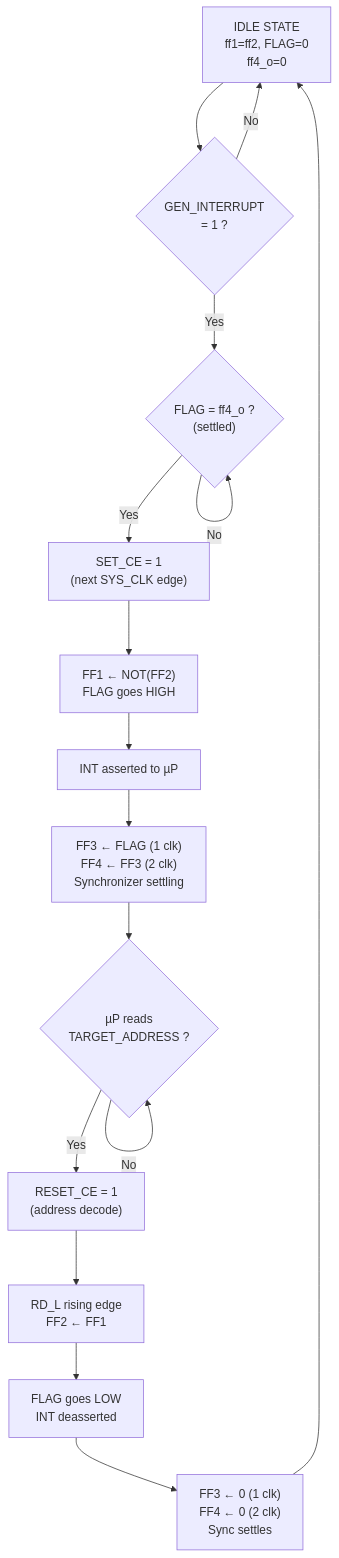
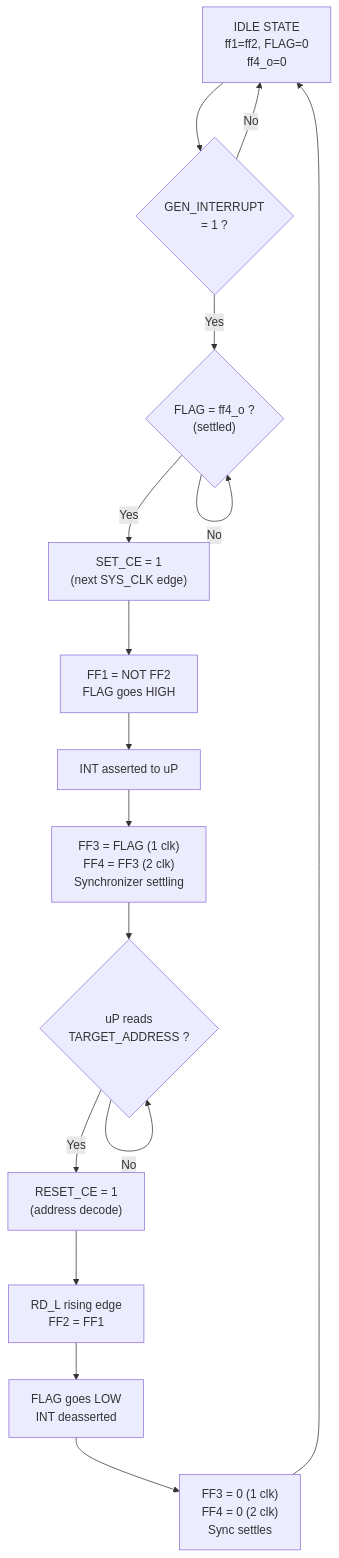
Before and after one commit to marslan6/Flancter: the diagram in Flancter/Flancter.srcs/sources_1/new/readme.md, drawn with Mermaid. The commit also changed other lines of this file and 6 other files, not shown here.

````diff
--- a/Flancter/Flancter.srcs/sources_1/new/readme.md
+++ b/Flancter/Flancter.srcs/sources_1/new/readme.md
@@ -169,18 +101,18 @@
 ```mermaid
 flowchart TD
     A["IDLE STATE\nff1=ff2, FLAG=0\nff4_o=0"] --> B{"GEN_INTERRUPT\n= 1 ?"}
     B -- No --> A
     B -- Yes --> C{"FLAG = ff4_o ?\n(settled)"}
     C -- No --> C
     C -- Yes --> D["SET_CE = 1\n(next SYS_CLK edge)"]
-    D --> E["FF1 ← NOT(FF2)\nFLAG goes HIGH"]
-    E --> F["INT asserted to µP"]
-    F --> G["FF3 ← FLAG (1 clk)\nFF4 ← FF3 (2 clk)\nSynchronizer settling"]
-    G --> H{"µP reads\nTARGET_ADDRESS ?"}
+    D --> E["FF1 = NOT FF2\nFLAG goes HIGH"]
+    E --> F["INT asserted to uP"]
+    F --> G["FF3 = FLAG (1 clk)\nFF4 = FF3 (2 clk)\nSynchronizer settling"]
+    G --> H{"uP reads\nTARGET_ADDRESS ?"}
     H -- No --> H
     H -- Yes --> I["RESET_CE = 1\n(address decode)"]
-    I --> J["RD_L rising edge\nFF2 ← FF1"]
+    I --> J["RD_L rising edge\nFF2 = FF1"]
     J --> K["FLAG goes LOW\nINT deasserted"]
-    K --> L["FF3 ← 0 (1 clk)\nFF4 ← 0 (2 clk)\nSync settles"]
+    K --> L["FF3 = 0 (1 clk)\nFF4 = 0 (2 clk)\nSync settles"]
     L --> A
 ```
````
